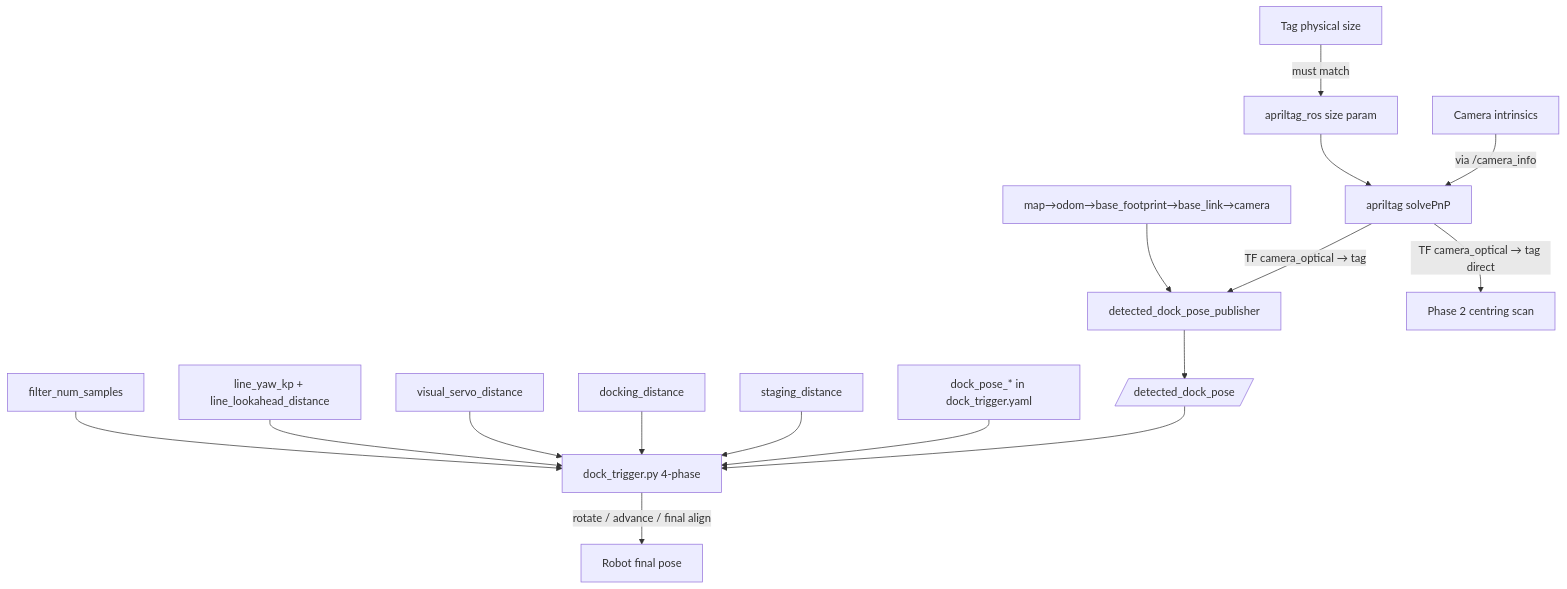
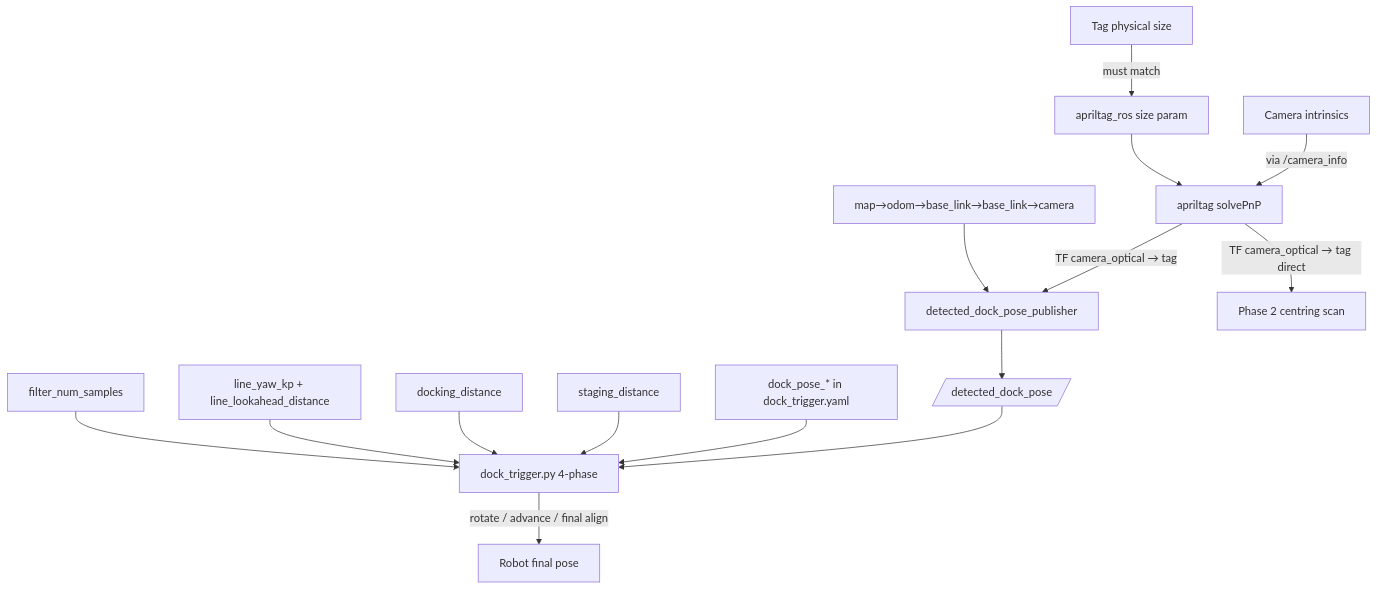
The fifth of 6 diagrams in ros2/src/openamrobot_docking/docs/10_diagrams.md (rajindulkar22/openamr-platform-sw), drawn with Mermaid before and after one commit. The commit also changed other lines of this file and 22 other files, not shown here.

````diff
--- a/ros2/src/openamrobot_docking/docs/10_diagrams.md
+++ b/ros2/src/openamrobot_docking/docs/10_diagrams.md
@@ -139,18 +139,17 @@
 ```mermaid
 graph TD
   TAGSIZE[Tag physical size] -->|must match| TAGCFG[apriltag_ros size param]
   CAMINTR[Camera intrinsics] -->|via /camera_info| SOLVEPNP[apriltag solvePnP]
   TAGCFG --> SOLVEPNP
   SOLVEPNP -->|TF camera_optical → tag| DET[detected_dock_pose_publisher]
   SOLVEPNP -->|TF camera_optical → tag direct| SCAN[Phase 2 centring scan]
-  TFCHAIN[map→odom→base_footprint→base_link→camera] --> DET
+  TFCHAIN[map→odom→base_link→base_link→camera] --> DET
   DET --> POSE[/detected_dock_pose/]
   POSE --> TRIG[dock_trigger.py 4-phase]
   STATIC[dock_pose_* in dock_trigger.yaml] --> TRIG
   STAGING[staging_distance] --> TRIG
   DOCKING[docking_distance] --> TRIG
-  VISUAL[visual_servo_distance] --> TRIG
   LINE[line_yaw_kp + line_lookahead_distance] --> TRIG
   FILTER[filter_num_samples] --> TRIG
   TRIG -->|rotate / advance / final align| OUTPUT[Robot final pose]
 ```
````
